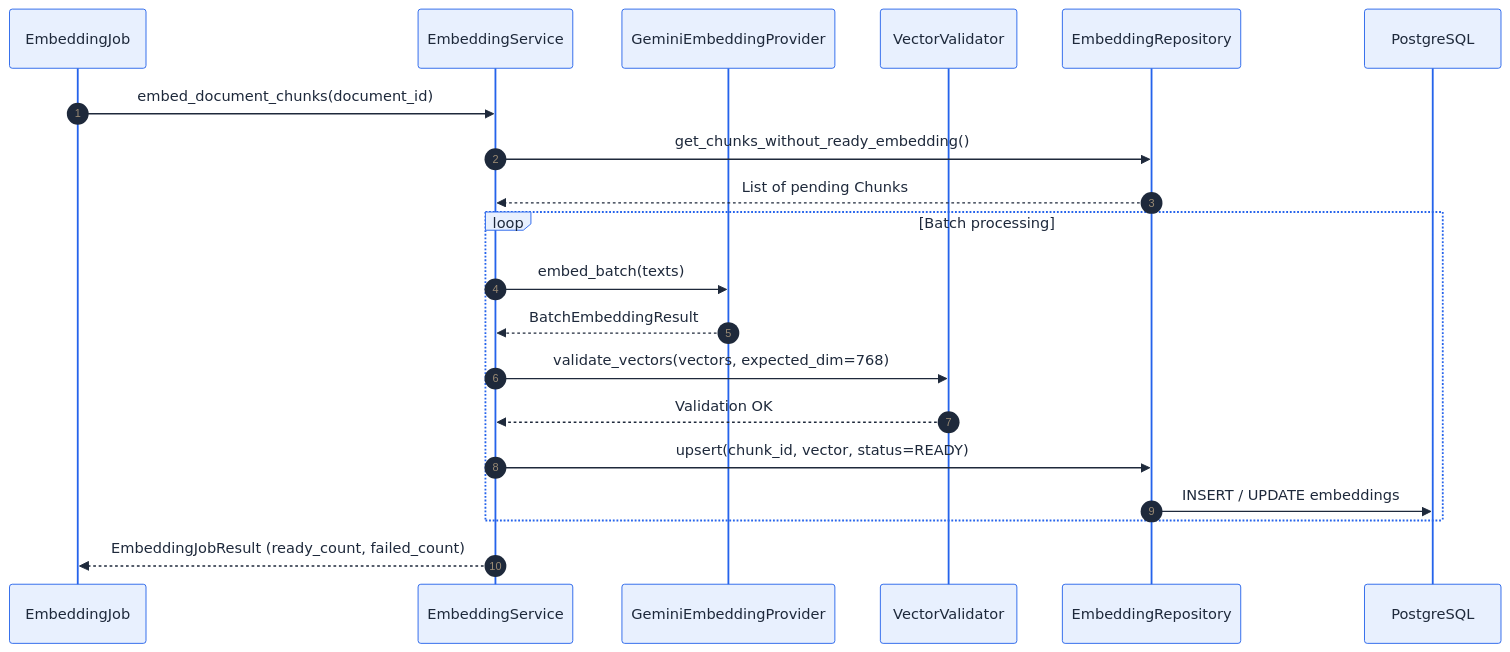
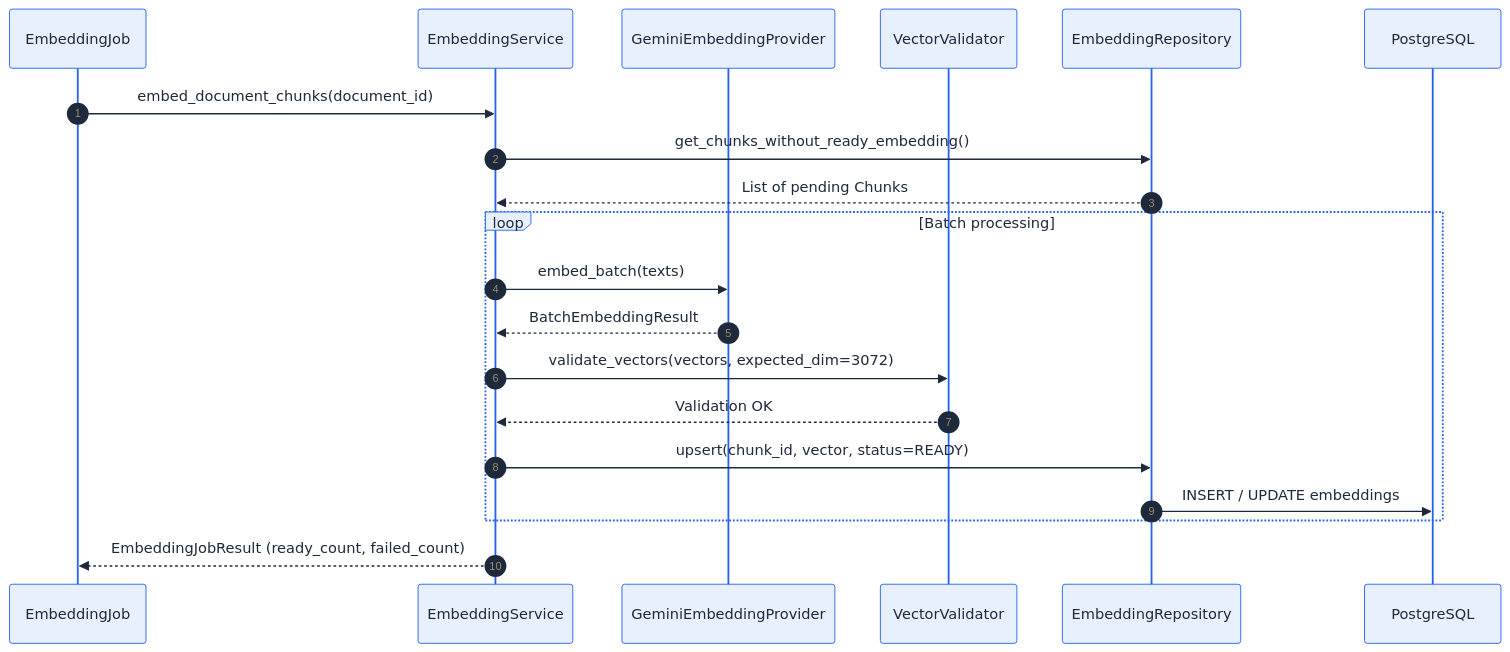
The seventh of 18 diagrams in README.md (joshi-chinmay-016/SkillSwap), drawn with Mermaid before and after one commit. The commit also changed other lines of this file and 4 other files, not shown here.

````diff
--- a/README.md
+++ b/README.md
@@ -338,33 +347,33 @@
 ```mermaid
 %%{init: {
 "theme":"base",
 "themeVariables":{
 "primaryColor":"#E8F0FE",
 "primaryBorderColor":"#2563EB",
 "primaryTextColor":"#1E293B",
 "lineColor":"#64748B",
 "fontSize":"15px"
 }
 }}%%
 sequenceDiagram
     autonumber
     participant Job as EmbeddingJob
     participant Svc as EmbeddingService
     participant Prov as GeminiEmbeddingProvider
     participant Val as VectorValidator
     participant Repo as EmbeddingRepository
     participant DB as PostgreSQL
 
     Job->>Svc: embed_document_chunks(document_id)
     Svc->>Repo: get_chunks_without_ready_embedding()
     Repo-->>Svc: List of pending Chunks
     loop Batch processing
         Svc->>Prov: embed_batch(texts)
         Prov-->>Svc: BatchEmbeddingResult
-        Svc->>Val: validate_vectors(vectors, expected_dim=768)
+        Svc->>Val: validate_vectors(vectors, expected_dim=3072)
         Val-->>Svc: Validation OK
         Svc->>Repo: upsert(chunk_id, vector, status=READY)
         Repo->>DB: INSERT / UPDATE embeddings
     end
     Svc-->>Job: EmbeddingJobResult (ready_count, failed_count)
 ```
````
